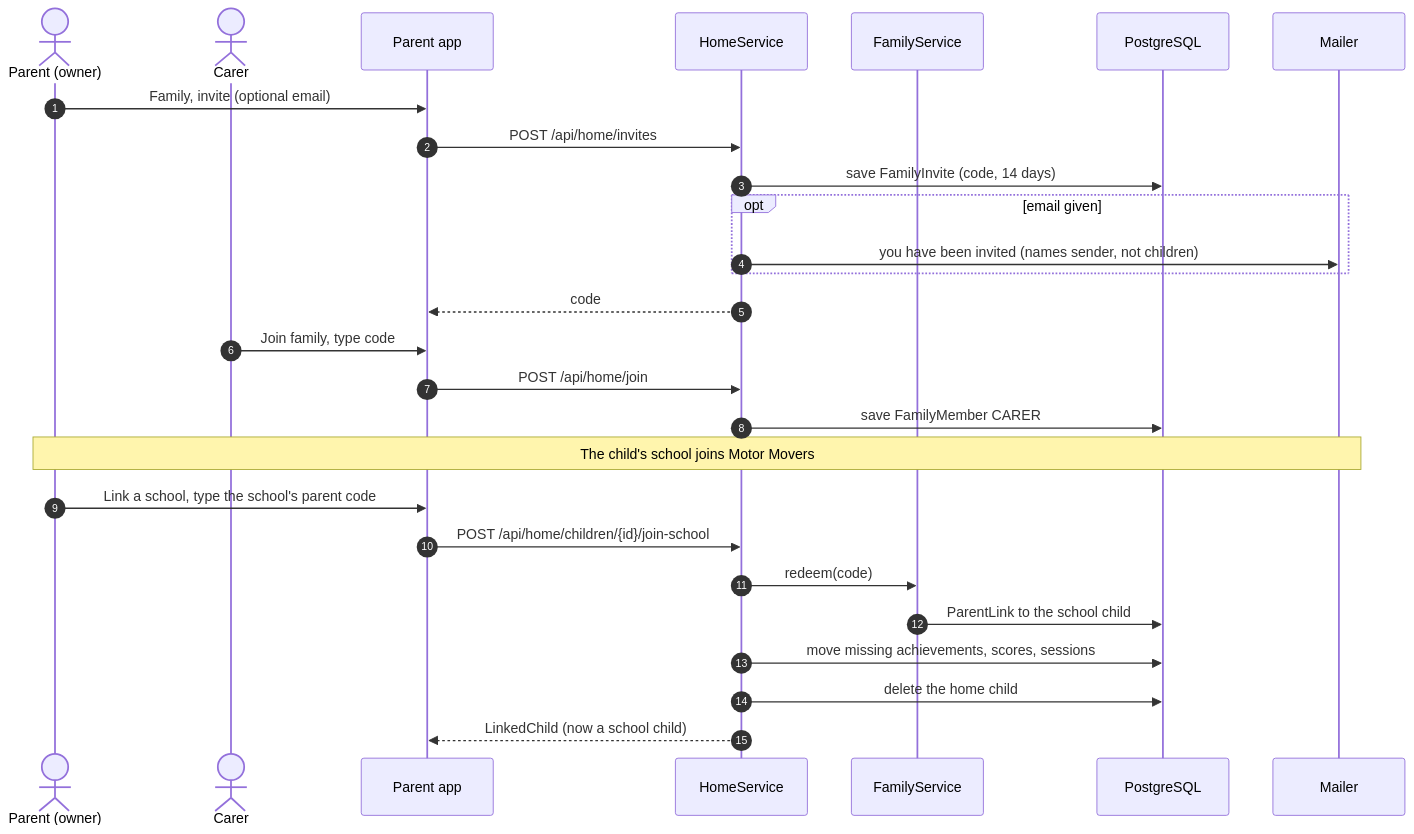
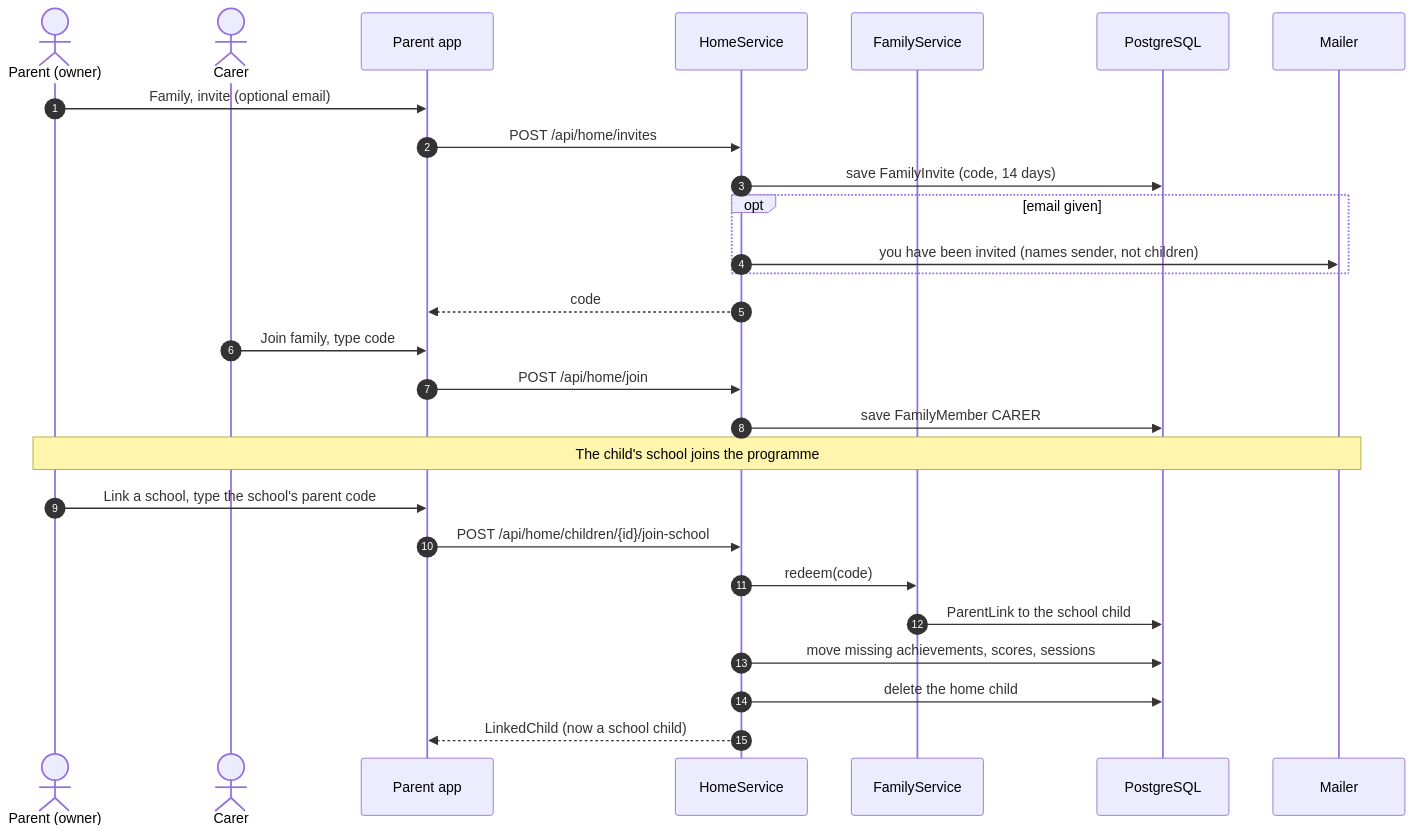
One commit to ersagarnikam/MoterMoversPlatform changed the fourth of 4 diagrams in docs/flows/5b-parent-motor-movers-at-home.md. Above: the diagram before and after it, drawn with Mermaid. The commit also changed other lines of this file and 149 other files, not shown here.

````diff
--- a/docs/flows/5b-parent-motor-movers-at-home.md
+++ b/docs/flows/5b-parent-motor-movers-at-home.md
@@ -177,29 +178,29 @@
 ```mermaid
 sequenceDiagram
   autonumber
   actor O as Parent (owner)
   actor C as Carer
   participant A as Parent app
   participant API as HomeService
   participant FS as FamilyService
   participant DB as PostgreSQL
   participant M as Mailer
   O->>A: Family, invite (optional email)
   A->>API: POST /api/home/invites
   API->>DB: save FamilyInvite (code, 14 days)
   opt email given
     API->>M: you have been invited (names sender, not children)
   end
   API-->>A: code
   C->>A: Join family, type code
   A->>API: POST /api/home/join
   API->>DB: save FamilyMember CARER
-  Note over O,M: The child's school joins Motor Movers
+  Note over O,M: The child's school joins the programme
   O->>A: Link a school, type the school's parent code
   A->>API: POST /api/home/children/{id}/join-school
   API->>FS: redeem(code)
   FS->>DB: ParentLink to the school child
   API->>DB: move missing achievements, scores, sessions
   API->>DB: delete the home child
   API-->>A: LinkedChild (now a school child)
 ```
````
